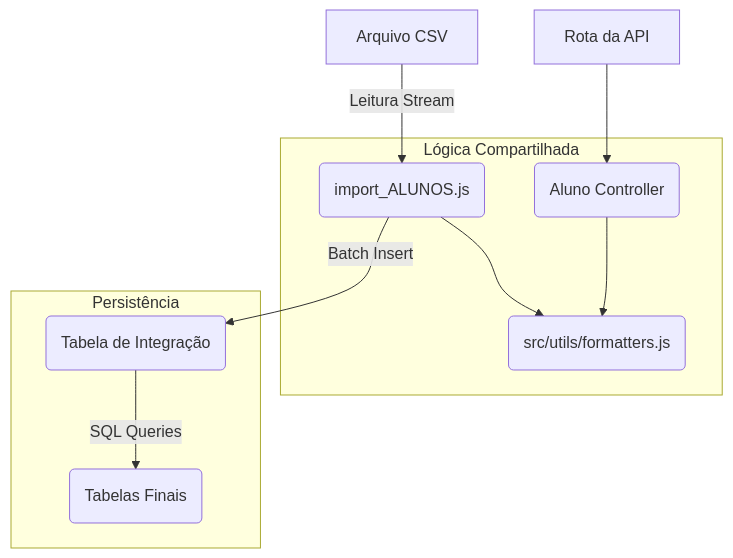
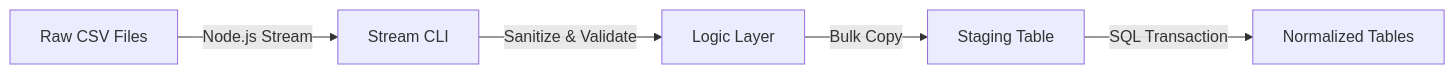
Before and after one commit to Gerson-Santiago/seduc_on: the diagram in backend/docs/technical/etl.md, drawn with Mermaid. The commit also changed other lines of this file and 12 other files, not shown here.

````diff
--- a/backend/docs/technical/etl.md
+++ b/backend/docs/technical/etl.md
@@ -11,15 +13,7 @@
 ```mermaid
-graph TD
-    CSV[Arquivo CSV] -->|Leitura Stream| Script(import_ALUNOS.js)
-    API[Rota da API] --> Controller(Aluno Controller)
-    
-    subgraph Shared Logic [Lógica Compartilhada]
-        Script --> Utils(src/utils/formatters.js)
-        Controller --> Utils
-    end
-    
-    subgraph Data Persistence [Persistência]
-        Script -->|Batch Insert| Staging(Tabela de Integração)
-        Staging -->|SQL Queries| FinalTables(Tabelas Finais)
-    end
+graph LR
+    Source[Raw CSV Files] -->|Node.js Stream| Extractor[Stream CLI]
+    Extractor -->|Sanitize & Validate| Transformer[Logic Layer]
+    Transformer -->|Bulk Copy| Staging[Staging Table]
+    Staging -->|SQL Transaction| DW[Normalized Tables]
 ```
````
